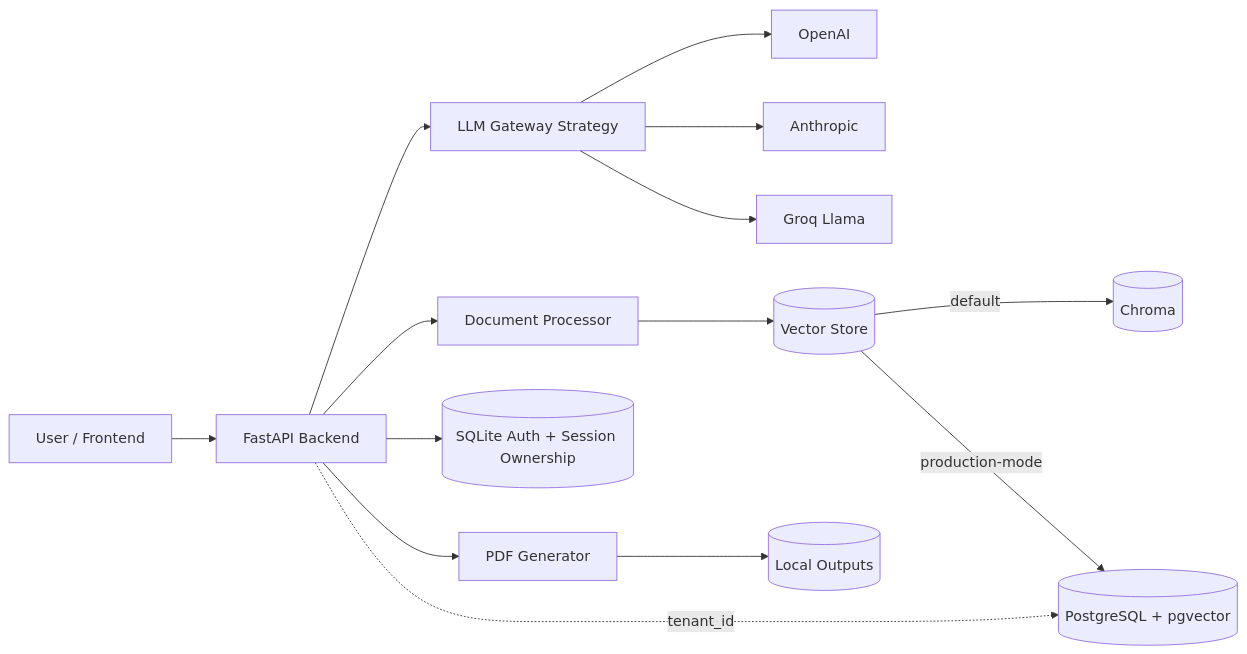
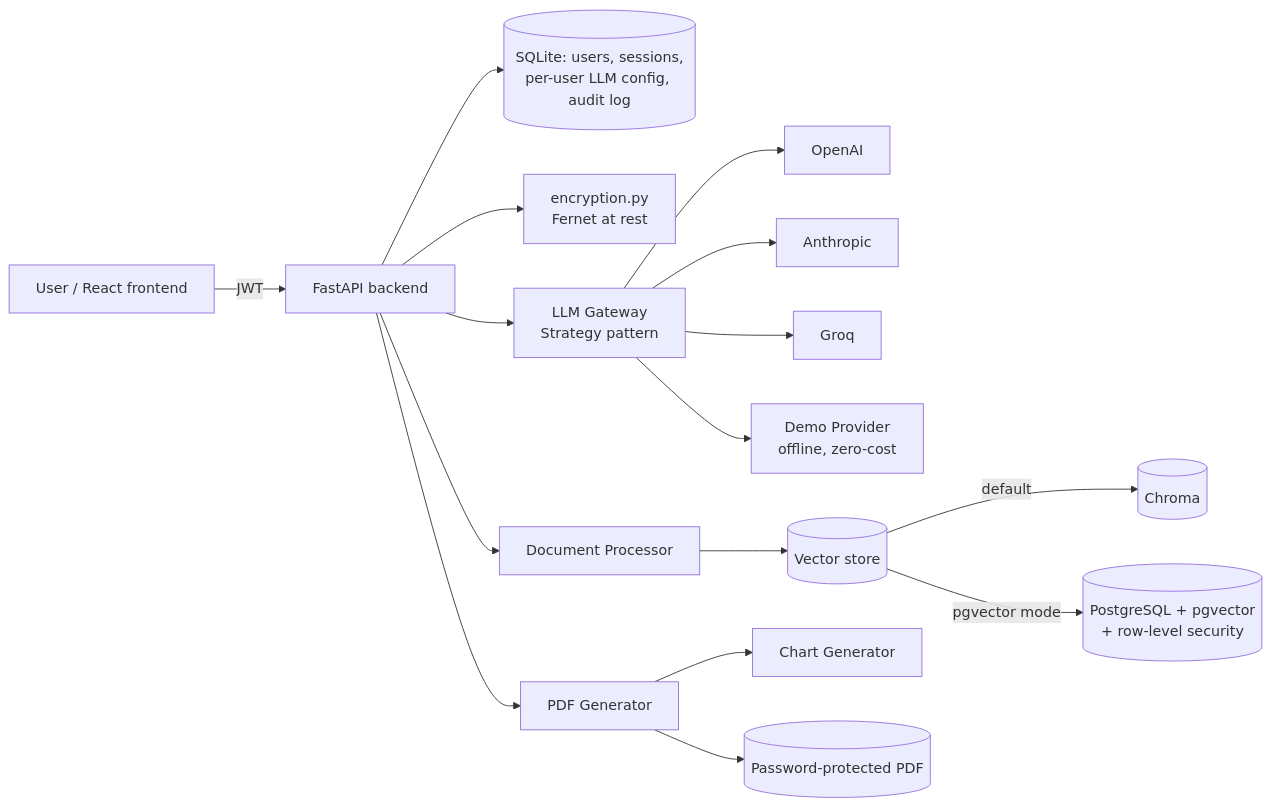
The diagram in README.md (shinewithsachin/CIM-Generator), drawn with Mermaid before and after one commit. The commit also changed other lines of this file and 43 other files, not shown here.

````diff
--- a/README.md
+++ b/README.md
@@ -23,19 +36,21 @@
 ```mermaid
 flowchart LR
-   U[User / Frontend] --> API[FastAPI Backend]
-   API --> GW[LLM Gateway Strategy]
-   GW --> OAI[OpenAI]
-   GW --> ANT[Anthropic]
-   GW --> GRQ[Groq Llama]
+    U[User / React frontend] -->|JWT| API[FastAPI backend]
 
-   API --> DP[Document Processor]
-   DP --> VS[(Vector Store)]
-   VS -->|default| CH[(Chroma)]
-   VS -->|production-mode| PG[(PostgreSQL + pgvector)]
+    API --> AUTH[(SQLite: users, sessions,\nper-user LLM config, audit log)]
+    API --> ENC[encryption.py\nFernet at rest]
+    API --> GW[LLM Gateway\nStrategy pattern]
+    GW --> OAI[OpenAI]
+    GW --> ANT[Anthropic]
+    GW --> GRQ[Groq]
+    GW --> DEMO[Demo Provider\noffline, zero-cost]
 
-   API --> AUTH[(SQLite Auth + Session Ownership)]
-   API --> PDF[PDF Generator]
-   PDF --> OUT[(Local Outputs)]
+    API --> DP[Document Processor]
+    DP --> VS[(Vector store)]
+    VS -->|default| CH[(Chroma)]
+    VS -->|pgvector mode| PG[(PostgreSQL + pgvector\n+ row-level security)]
 
-   API -. tenant_id .-> PG
+    API --> PDF[PDF Generator]
+    PDF --> CHART[Chart Generator]
+    PDF --> OUT[(Password-protected PDF)]
 ```
````
